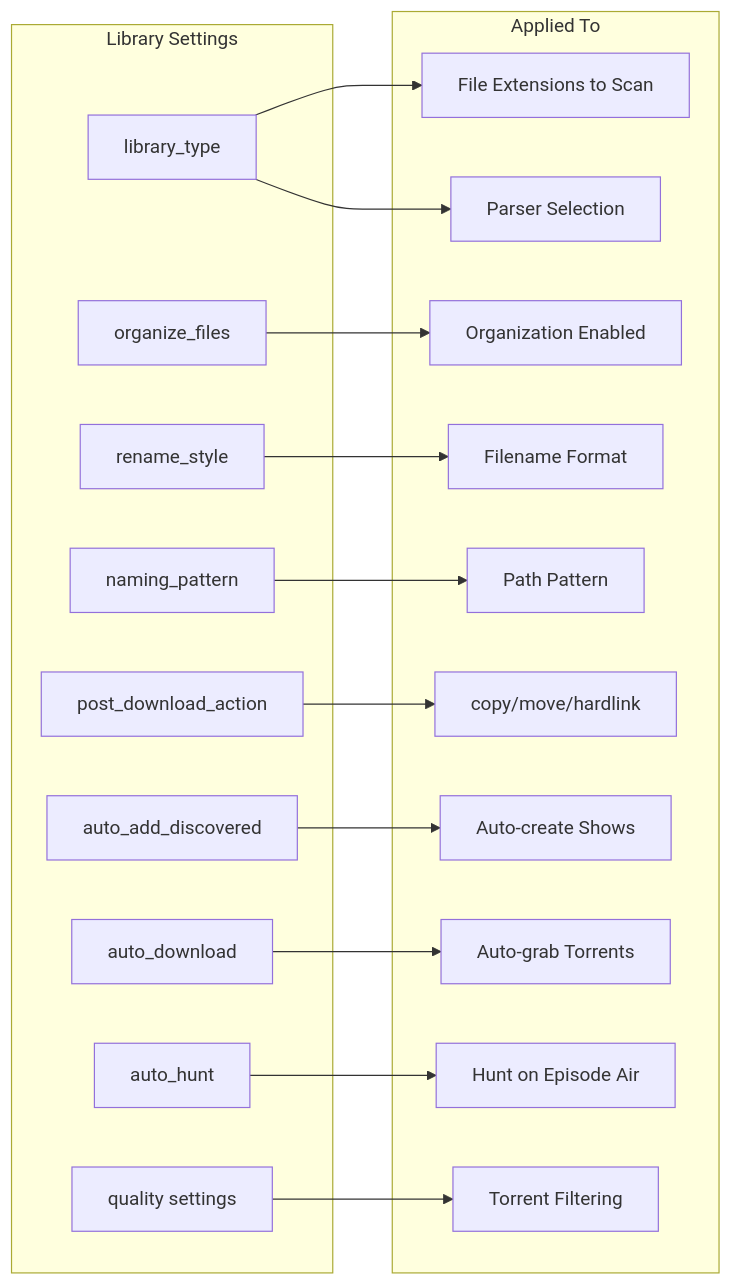
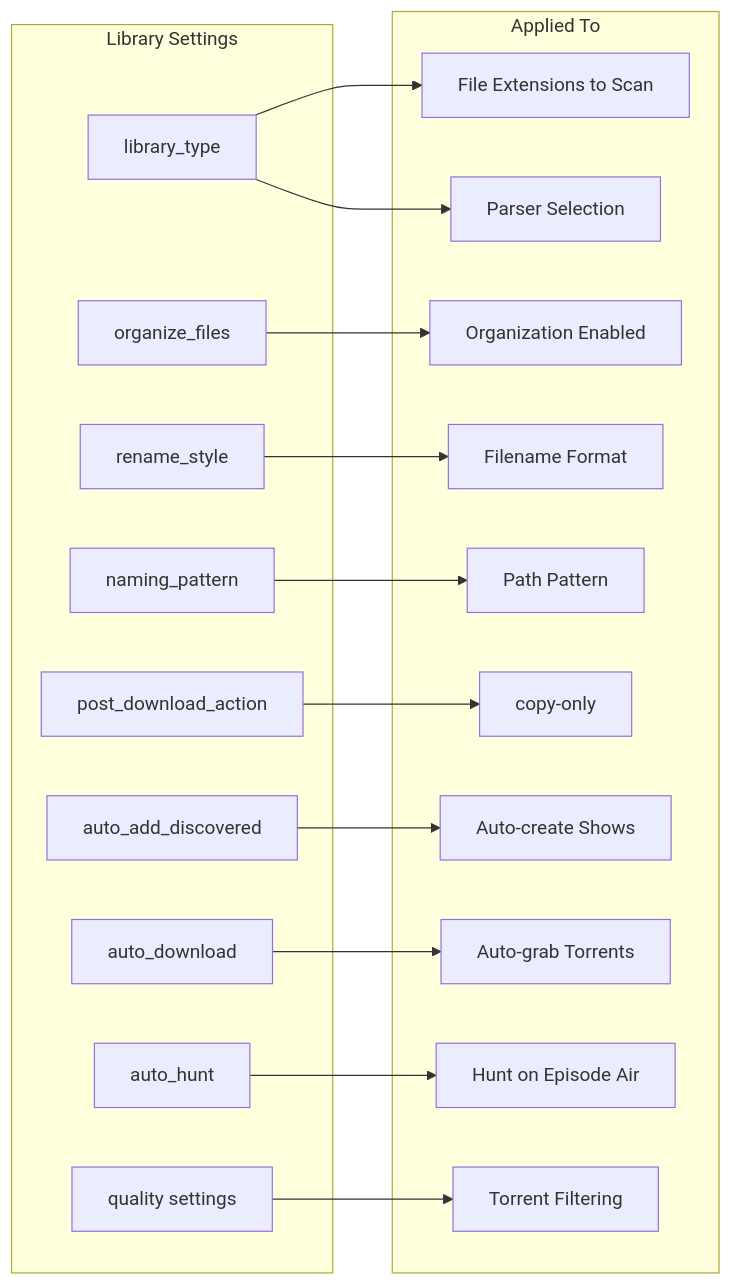
One commit to Dastari/librarian changed the seventh of 24 diagrams in docs/flows.md. Above: the diagram before and after it, drawn with Mermaid. The commit also changed other lines of this file and 386 other files, not shown here.

````diff
--- a/docs/flows.md
+++ b/docs/flows.md
@@ -262,31 +262,31 @@
 ```mermaid
 flowchart LR
     subgraph LibrarySettings["Library Settings"]
         A[library_type]
         B[organize_files]
         C[rename_style]
         D[naming_pattern]
         E[post_download_action]
         F[auto_add_discovered]
         G[auto_download]
         H[auto_hunt]
         I[quality settings]
     end
     
     subgraph Effects["Applied To"]
         A --> J[File Extensions to Scan]
         A --> K[Parser Selection]
         
         B --> L[Organization Enabled]
         C --> M[Filename Format]
         D --> N[Path Pattern]
         
-        E --> O[copy/move/hardlink]
+        E --> O[copy-only]
         
         F --> P[Auto-create Shows]
         G --> Q[Auto-grab Torrents]
         H --> R[Hunt on Episode Air]
         
         I --> S[Torrent Filtering]
     end
 ```
````
